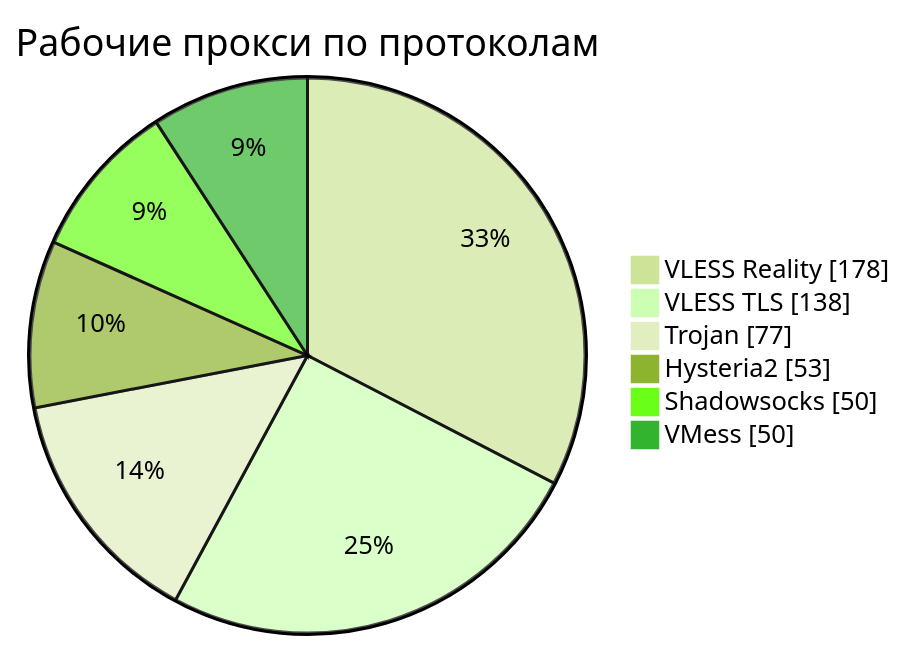
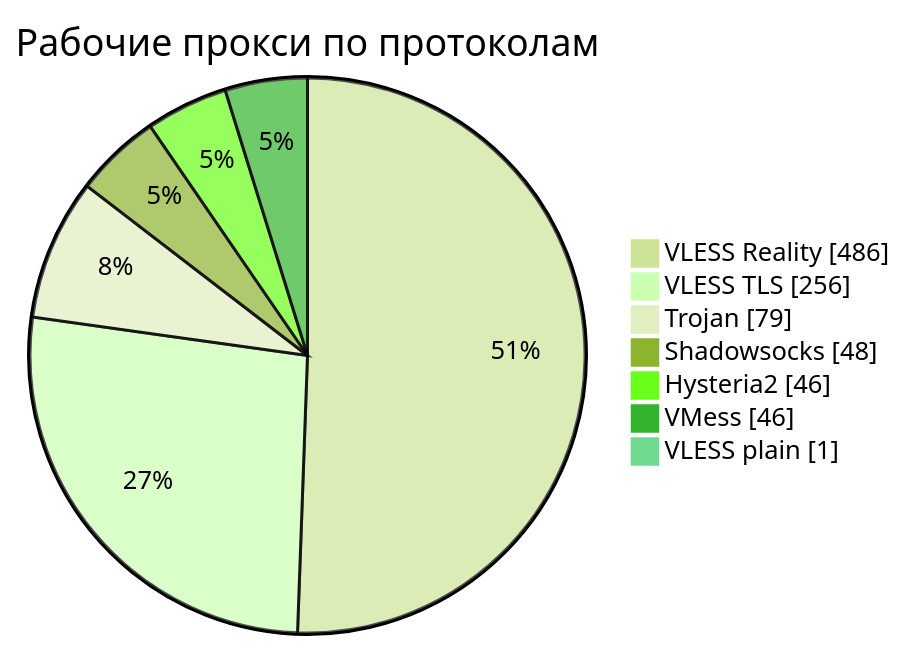
One commit to rvvg/proxy-subs changed the third of 4 diagrams in README.md. Above: the diagram before and after it, drawn with Mermaid (forest theme). The commit also changed other lines of this file and 52 other files, not shown here.

````diff
--- a/README.md
+++ b/README.md
@@ -131,10 +141,11 @@
 ```mermaid
 pie showData
     title Рабочие прокси по протоколам
-    "VLESS Reality" : 178
-    "VLESS TLS" : 138
-    "Trojan" : 77
-    "Hysteria2" : 53
-    "Shadowsocks" : 50
-    "VMess" : 50
+    "VLESS Reality" : 486
+    "VLESS TLS" : 256
+    "Trojan" : 79
+    "Shadowsocks" : 48
+    "Hysteria2" : 46
+    "VMess" : 46
+    "VLESS plain" : 1
 ```
````
